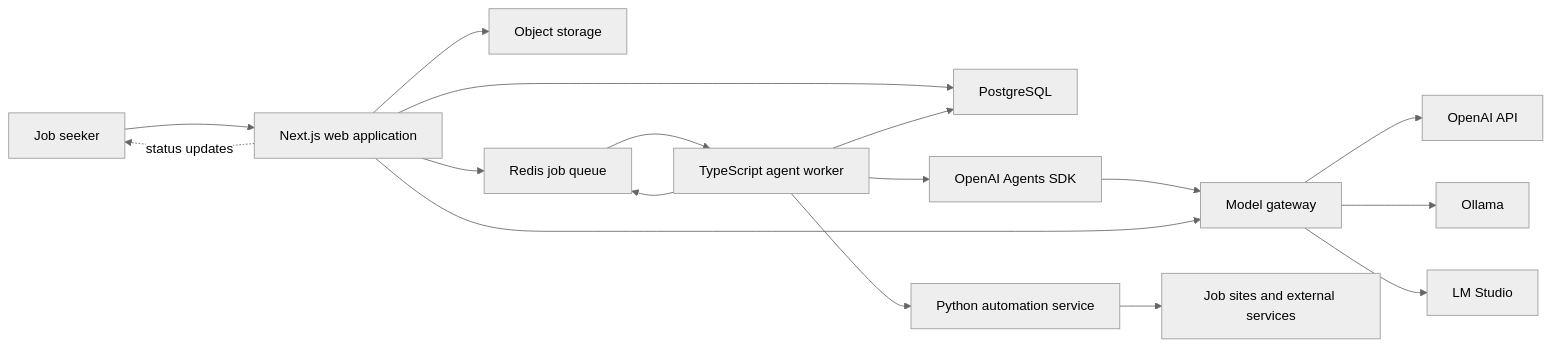
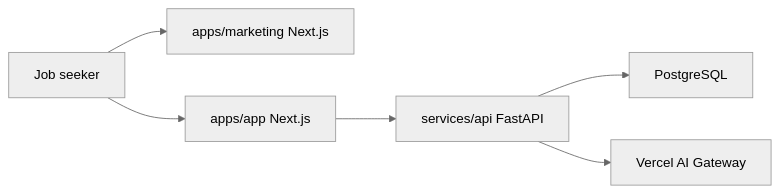
The first of 2 diagrams in TECH-MAP.md (samarpro/cAIreer), drawn with Mermaid (neutral theme) before and after one commit. The commit also changed other lines of this file and 185 other files, not shown here.

````diff
--- a/TECH-MAP.md
+++ b/TECH-MAP.md
@@ -21,19 +23,8 @@
 ```mermaid
 flowchart LR
-    U["Job seeker"] --> W["Next.js web application"]
-    W --> DB["PostgreSQL"]
-    W --> FS["Object storage"]
-    W --> Q["Redis job queue"]
-    Q --> AW["TypeScript agent worker"]
-    AW --> ASDK["OpenAI Agents SDK"]
-    ASDK --> MG["Model gateway"]
-    W --> MG
-    MG --> OAI["OpenAI API"]
-    MG --> OL["Ollama"]
-    MG --> LMS["LM Studio"]
-    AW --> PY["Python automation service"]
-    AW --> DB
-    PY --> EXT["Job sites and external services"]
-    AW --> Q
-    W -. "status updates" .-> U
+    U["Job seeker"] --> M["apps/marketing Next.js"]
+    U --> A["apps/app Next.js"]
+    A --> API["services/api FastAPI"]
+    API --> DB["PostgreSQL"]
+    API --> GW["Vercel AI Gateway"]
 ```
````
